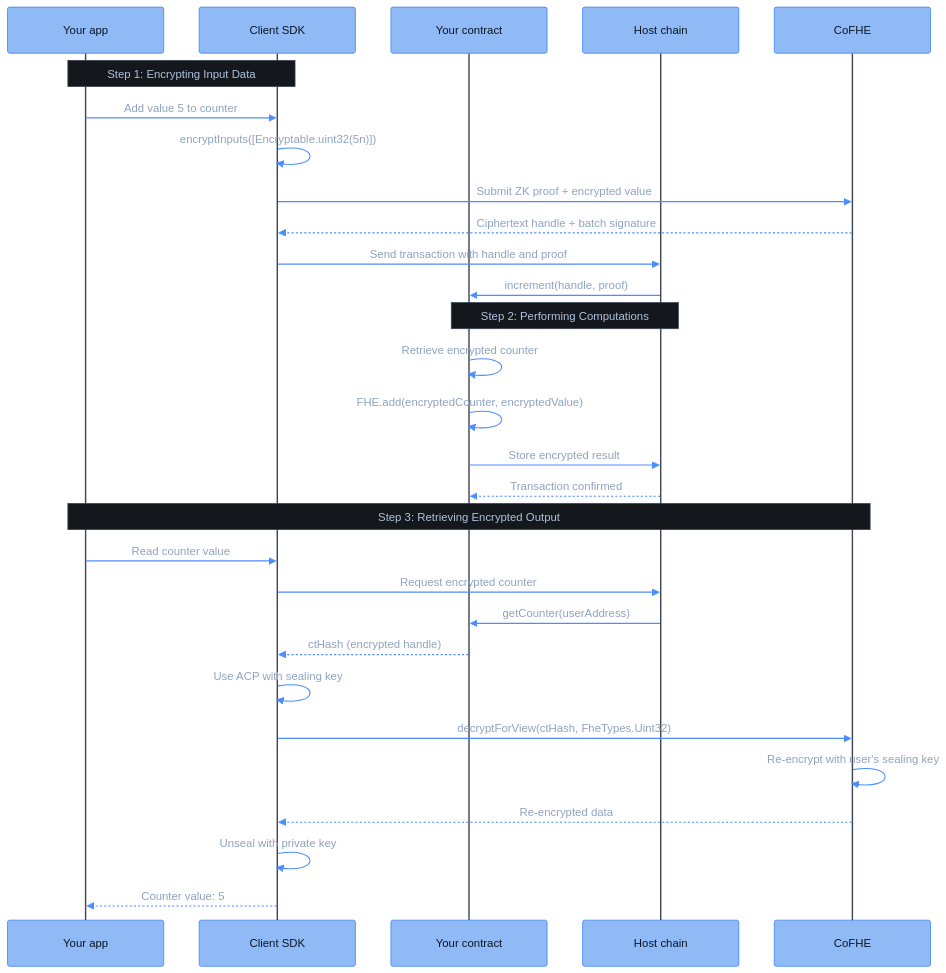
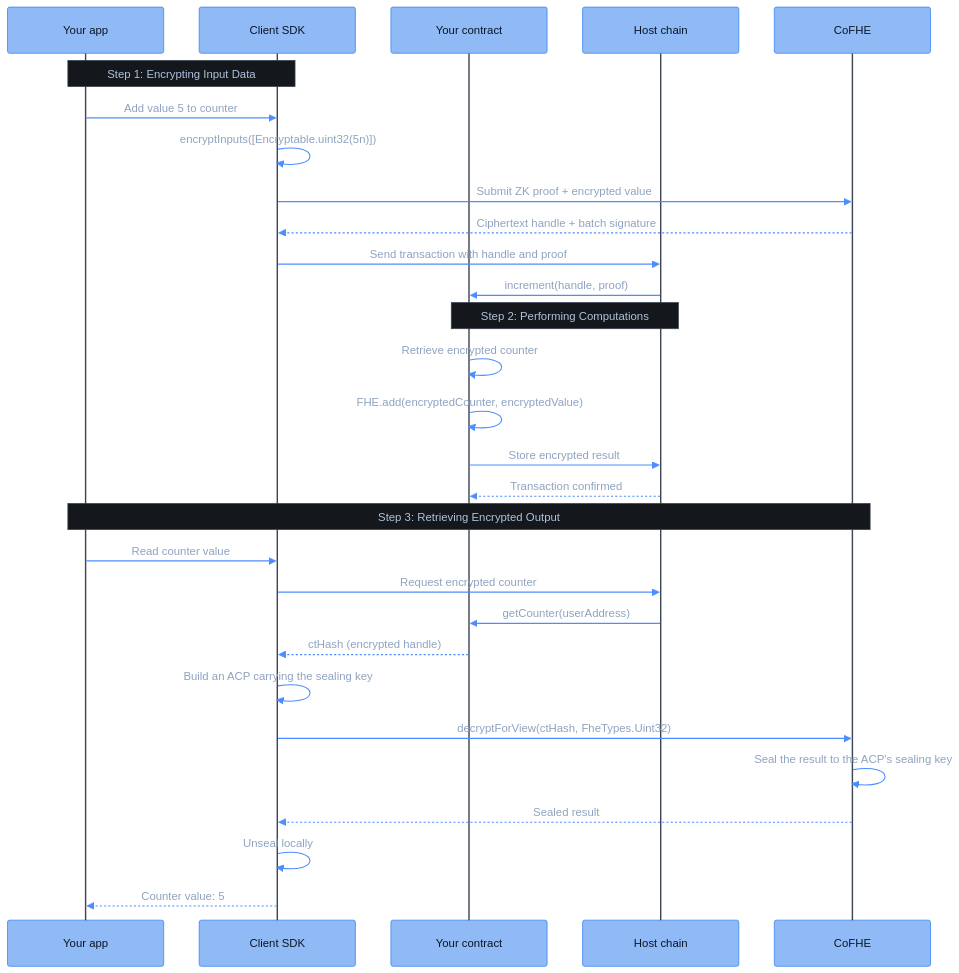
One commit to FhenixProtocol/fhenix-developer-docs changed the diagram in client-sdk/introduction/mental-model.mdx. Above: the diagram before and after it, drawn with Mermaid. The commit also changed other lines of this file and 6 other files, not shown here.

Commit message:
[DOCS] diagram pages: align page wording with the diagram components

````diff
--- a/client-sdk/introduction/mental-model.mdx
+++ b/client-sdk/introduction/mental-model.mdx
@@ -93,36 +93,36 @@
 ```mermaid
 %%{init: {"theme": "base", "themeVariables": {"fontFamily": "Menlo, Monaco, Consolas, monospace", "fontSize": "16px", "primaryColor": "#8FBAF5", "primaryBorderColor": "#2E7CF6", "primaryTextColor": "#0A1626", "lineColor": "#4C8DFF", "signalColor": "#4C8DFF", "signalTextColor": "#8FA3BF", "actorBkg": "#8FBAF5", "actorBorder": "#2E7CF6", "actorTextColor": "#0A1626", "actorLineColor": "#3D4654", "noteBkgColor": "#14171C", "noteBorderColor": "#3D4654", "noteTextColor": "#AFC3DE", "activationBkgColor": "#1E3A5F", "activationBorderColor": "#4C8DFF", "clusterBkg": "#14171C", "clusterBorder": "#3D4654", "titleColor": "#E7EAEE", "edgeLabelBackground": "#8FBAF5", "textColor": "#AFC3DE", "labelTextColor": "#E7EAEE", "tertiaryColor": "#14171C", "loopTextColor": "#AFC3DE", "labelBoxBkgColor": "#1E3A5F", "labelBoxBorderColor": "#4C8DFF"}, "sequence": {"actorFontFamily": "Menlo, Monaco, Consolas, monospace", "messageFontFamily": "Menlo, Monaco, Consolas, monospace", "noteFontFamily": "Menlo, Monaco, Consolas, monospace", "width": 220, "actorFontSize": 16, "messageFontSize": 16, "noteFontSize": 15}}}%%
 sequenceDiagram
     participant App as Your app
     participant SDK as Client SDK
     participant C as Your contract
     participant Chain as Host chain
     participant CoFHE as CoFHE
 
     Note over App,SDK: Step 1: Encrypting Input Data
     App->>SDK: Add value 5 to counter
     SDK->>SDK: encryptInputs([Encryptable.uint32(5n)])
     SDK->>CoFHE: Submit ZK proof + encrypted value
     CoFHE-->>SDK: Ciphertext handle + batch signature
     SDK->>Chain: Send transaction with handle and proof
     Chain->>C: increment(handle, proof)
 
     Note over C,Chain: Step 2: Performing Computations
     C->>C: Retrieve encrypted counter
     C->>C: FHE.add(encryptedCounter, encryptedValue)
     C->>Chain: Store encrypted result
     Chain-->>C: Transaction confirmed
 
     Note over App,CoFHE: Step 3: Retrieving Encrypted Output
     App->>SDK: Read counter value
     SDK->>Chain: Request encrypted counter
     Chain->>C: getCounter(userAddress)
     C-->>SDK: ctHash (encrypted handle)
 
-    SDK->>SDK: Use ACP with sealing key
+    SDK->>SDK: Build an ACP carrying the sealing key
     SDK->>CoFHE: decryptForView(ctHash, FheTypes.Uint32)
-    CoFHE->>CoFHE: Re-encrypt with user's sealing key
-    CoFHE-->>SDK: Re-encrypted data
-    SDK->>SDK: Unseal with private key
+    CoFHE->>CoFHE: Seal the result to the ACP's sealing key
+    CoFHE-->>SDK: Sealed result
+    SDK->>SDK: Unseal locally
     SDK-->>App: Counter value: 5
 ```
````
